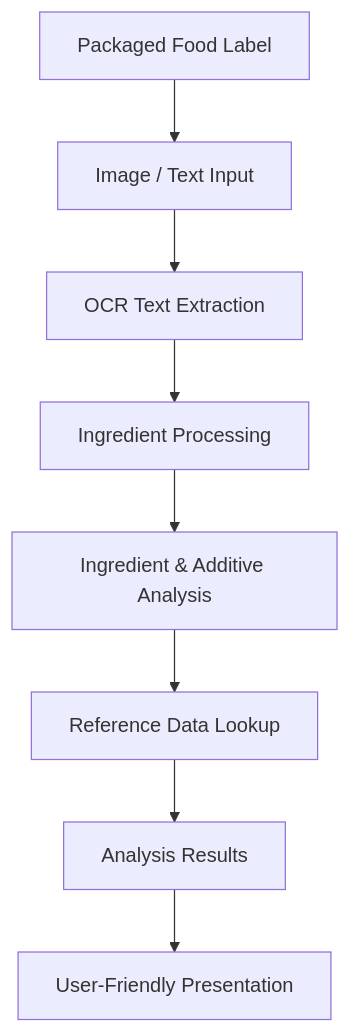
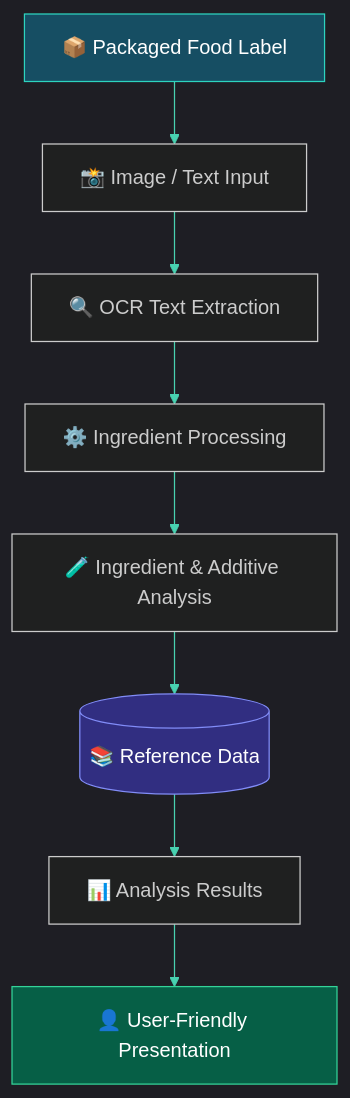
The diagram in README.md (soul2209/packaged-food-analyser), drawn with Mermaid before and after one commit. The commit also changed other lines of this file, not shown here.

````diff
--- a/README.md
+++ b/README.md
@@ -35,10 +79,15 @@
 ```mermaid
+%%{init: {'theme':'dark','themeVariables':{'primaryColor':'#164e63','primaryTextColor':'#ffffff','primaryBorderColor':'#2dd4bf','lineColor':'#48d1b0','secondaryColor':'#172554','tertiaryColor':'#101828'}}}%%
 flowchart TD
-    A["Packaged Food Label"] --> B["Image / Text Input"]
-    B --> C["OCR Text Extraction"]
-    C --> D["Ingredient Processing"]
-    D --> E["Ingredient & Additive Analysis"]
-    E --> F["Reference Data Lookup"]
-    F --> G["Analysis Results"]
-    G --> H["User-Friendly Presentation"]
+    A["📦 Packaged Food Label"] --> B["📸 Image / Text Input"]
+    B --> C["🔍 OCR Text Extraction"]
+    C --> D["⚙️ Ingredient Processing"]
+    D --> E["🧪 Ingredient & Additive Analysis"]
+    E --> F[("📚 Reference Data")]
+    F --> G["📊 Analysis Results"]
+    G --> H["👤 User-Friendly Presentation"]
+
+    style A fill:#164e63,stroke:#2dd4bf,color:#fff
+    style H fill:#065f46,stroke:#34d399,color:#fff
+    style F fill:#312e81,stroke:#818cf8,color:#fff
 ```
````
